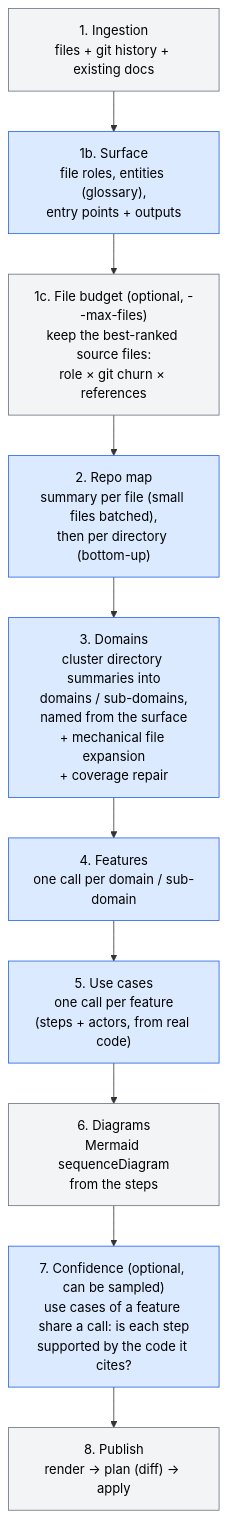
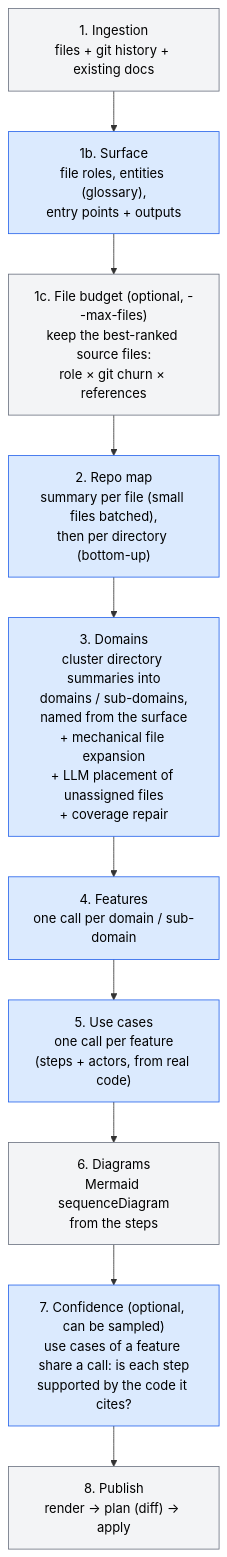
Before and after one commit to Electron-libre/RetroDoc: the fourth of 9 diagrams in docs/ARCHITECTURE.md, drawn with Mermaid. The commit also changed other lines of this file and 7 other files, not shown here.

First line of the commit message:
feat(pipeline): place files the clustering left unassigned with the LLM

````diff
--- a/docs/ARCHITECTURE.md
+++ b/docs/ARCHITECTURE.md
@@ -95,18 +95,18 @@
 ```mermaid
 flowchart TD
     A["1. Ingestion<br/>files + git history + existing docs"]:::det
     S["1b. Surface<br/>file roles, entities (glossary),<br/>entry points + outputs"]:::llm
     K["1c. File budget (optional, --max-files)<br/>keep the best-ranked source files:<br/>role × git churn × references"]:::det
     B["2. Repo map<br/>summary per file (small files batched),<br/>then per directory (bottom-up)"]:::llm
-    C["3. Domains<br/>cluster directory summaries into<br/>domains / sub-domains,<br/>named from the surface<br/>+ mechanical file expansion<br/>+ coverage repair"]:::llm
+    C["3. Domains<br/>cluster directory summaries into<br/>domains / sub-domains,<br/>named from the surface<br/>+ mechanical file expansion<br/>+ LLM placement of unassigned files<br/>+ coverage repair"]:::llm
     D["4. Features<br/>one call per domain / sub-domain"]:::llm
     E["5. Use cases<br/>one call per feature<br/>(steps + actors, from real code)"]:::llm
     F["6. Diagrams<br/>Mermaid sequenceDiagram<br/>from the steps"]:::det
     G["7. Confidence (optional, can be sampled)<br/>use cases of a feature share a call: is each step<br/>supported by the code it cites?"]:::llm
     H["8. Publish<br/>render → plan (diff) → apply"]:::det
 
     A --> S --> K --> B --> C --> D --> E --> F --> G --> H
 
     classDef llm fill:#dbeafe,stroke:#2563eb,color:#000
     classDef det fill:#f3f4f6,stroke:#6b7280,color:#000
 ```
````
